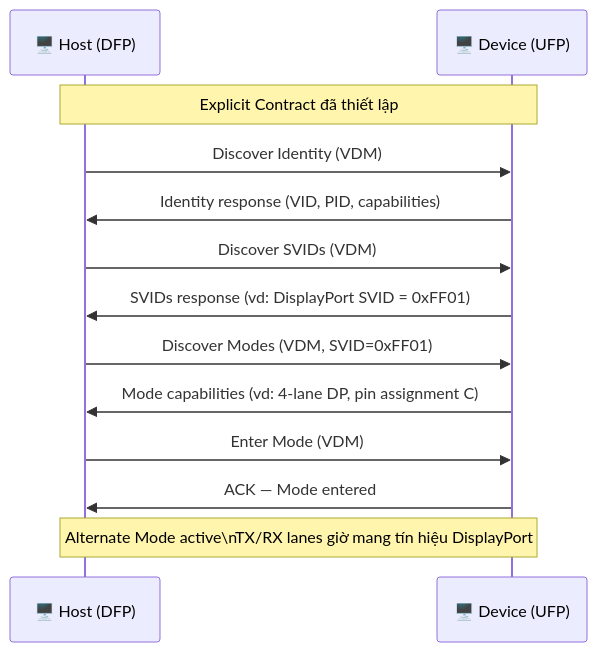
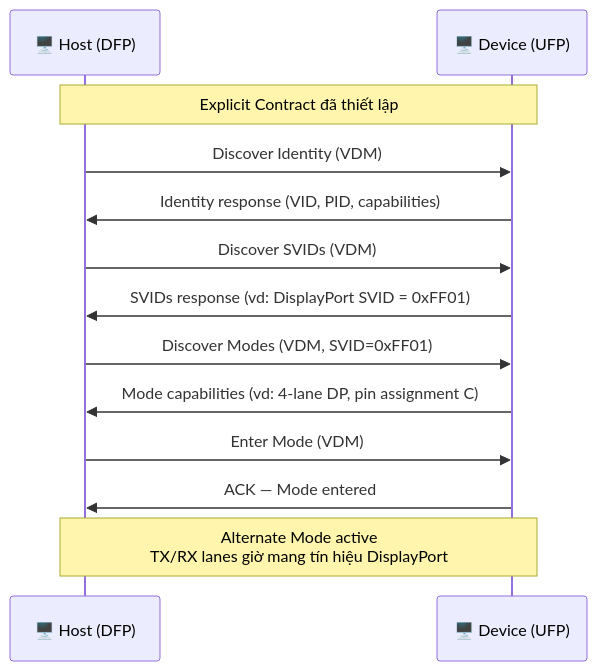
Before and after one commit to Leminuos/tutorials: the fifth of 5 diagrams in Embedded/6. USB/92. usb-c/README.md, drawn with Mermaid. The commit also changed other lines of this file and 7 other files, not shown here.

````diff
--- a/Embedded/6. USB/92. usb-c/README.md
+++ b/Embedded/6. USB/92. usb-c/README.md
@@ -321,21 +321,21 @@
 ```mermaid
 sequenceDiagram
     participant H as 🖥️ Host (DFP)
     participant D as 🖥️ Device (UFP)
  
     Note over H,D: Explicit Contract đã thiết lập
  
     H->>D: Discover Identity (VDM)
     D->>H: Identity response (VID, PID, capabilities)
  
     H->>D: Discover SVIDs (VDM)
     D->>H: SVIDs response (vd: DisplayPort SVID = 0xFF01)
  
     H->>D: Discover Modes (VDM, SVID=0xFF01)
     D->>H: Mode capabilities (vd: 4-lane DP, pin assignment C)
  
     H->>D: Enter Mode (VDM)
     D->>H: ACK — Mode entered
  
-    Note over H,D: Alternate Mode active\nTX/RX lanes giờ mang tín hiệu DisplayPort
+    Note over H,D: Alternate Mode active<br/>TX/RX lanes giờ mang tín hiệu DisplayPort
 ```
````
